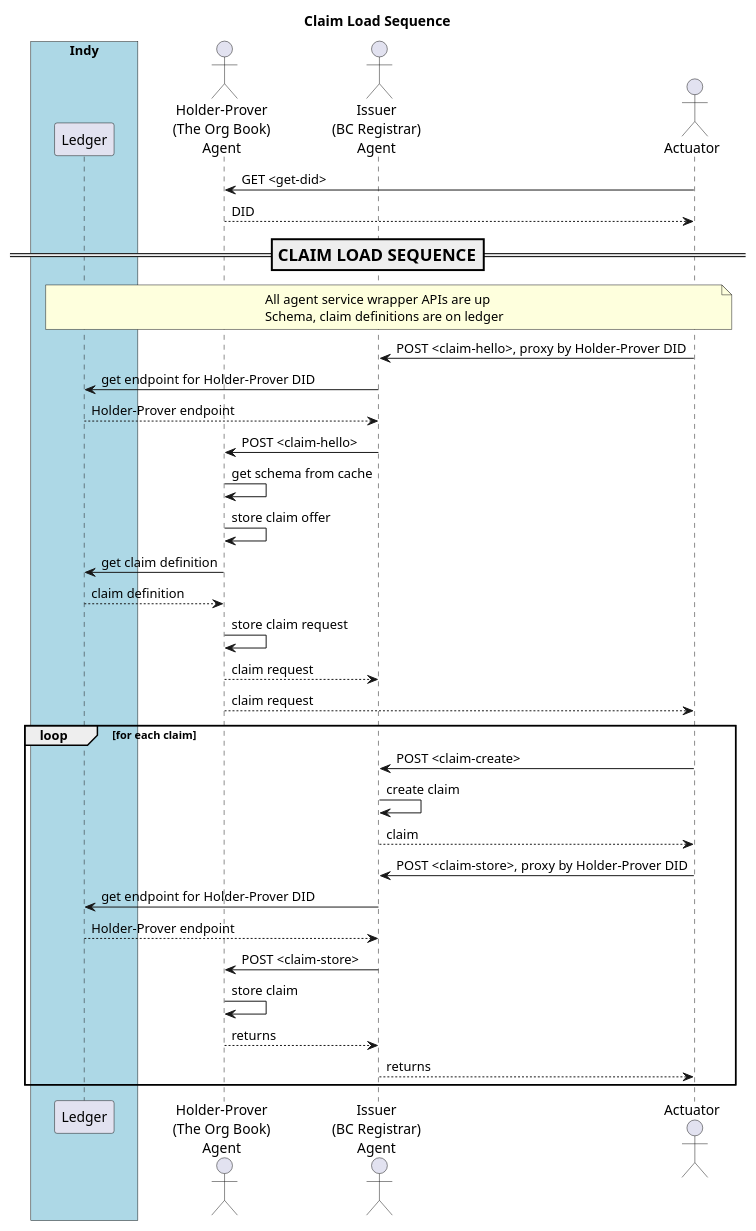
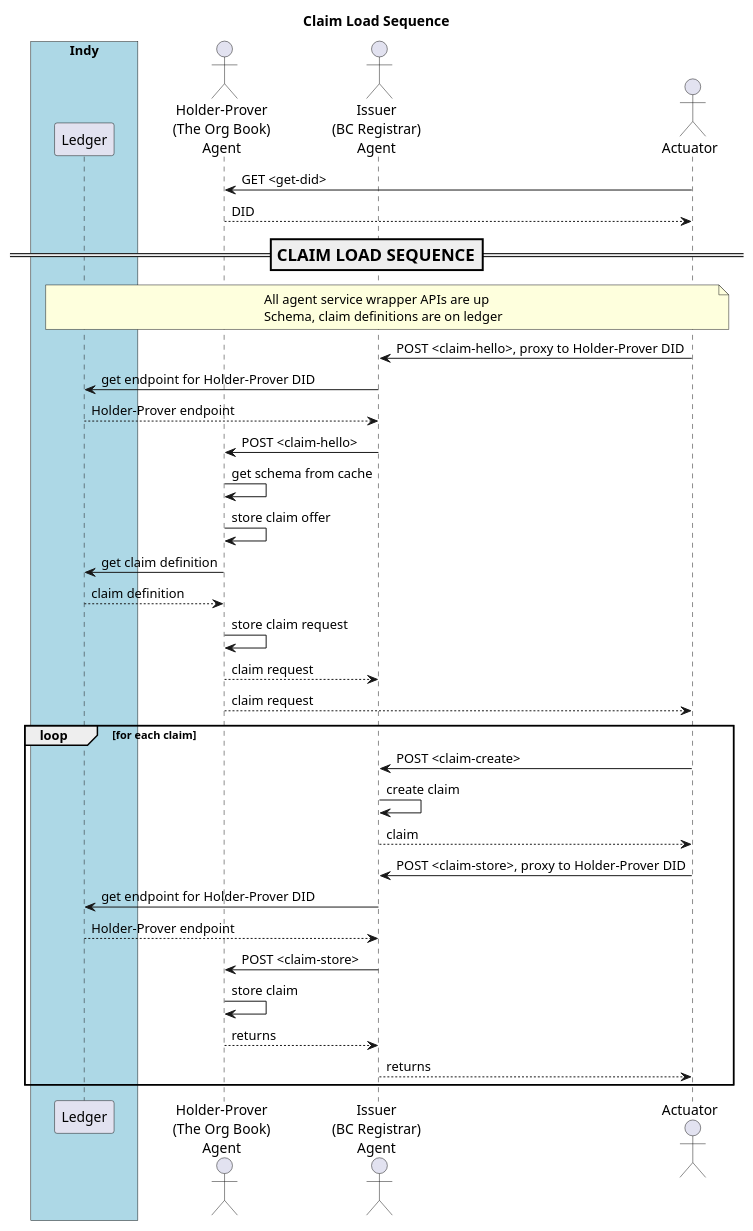
Before and after one commit to PSPC-SPAC-buyandsell/von_base: the diagram in doc/pic/src/claim-load.puml, drawn with PlantUML. The commit also changed 20 other files, not shown here.

Commit message:
allow each issuer to originate one schema (or none)

```diff
--- a/doc/pic/src/claim-load.puml
+++ b/doc/pic/src/claim-load.puml
@@ -1,66 +1,66 @@
 @startuml
 /'
 Copyright 2017 Government of Canada - Public Services and Procurement Canada - buyandsell.gc.ca
 
 Licensed under the Apache License, Version 2.0 (the "License");
 you may not use this file except in compliance with the License.
 You may obtain a copy of the License at
 
 http://www.apache.org/licenses/LICENSE-2.0
 
 Unless required by applicable law or agreed to in writing, software
 distributed under the License is distributed on an "AS IS" BASIS,
 WITHOUT WARRANTIES OR CONDITIONS OF ANY KIND, either express or implied.
 See the License for the specific language governing permissions and
 limitations under the License.
 '/
 
 skinparam ParticipantPadding 20
 skinparam BoxPadding 20
 
 title Claim Load Sequence
 
 box "Indy" #LightBlue
     participant "Ledger" as ledger
 endbox
 
 actor "Holder-Prover\n(The Org Book)\nAgent" as obag
 actor "Issuer\n(BC Registrar)\nAgent" as bcrag
 actor "Actuator" as ator
 
 ator -> obag: GET <get-did>
 obag --> ator: DID
 
 === CLAIM LOAD SEQUENCE ==
 note over ledger, ator
 All agent service wrapper APIs are up
 Schema, claim definitions are on ledger
 endnote
 
-ator -> bcrag: POST <claim-hello>, proxy by Holder-Prover DID
+ator -> bcrag: POST <claim-hello>, proxy to Holder-Prover DID
 bcrag -> ledger: get endpoint for Holder-Prover DID
 ledger --> bcrag: Holder-Prover endpoint
 bcrag -> obag: POST <claim-hello>
 obag -> obag: get schema from cache
 obag -> obag: store claim offer
 obag -> ledger: get claim definition
 ledger --> obag: claim definition
 obag -> obag: store claim request
 obag --> bcrag: claim request
 obag --> ator: claim request
 
 loop for each claim
     ator -> bcrag: POST <claim-create>
     bcrag -> bcrag: create claim
     bcrag --> ator: claim
-    ator -> bcrag: POST <claim-store>, proxy by Holder-Prover DID
+    ator -> bcrag: POST <claim-store>, proxy to Holder-Prover DID
     bcrag -> ledger: get endpoint for Holder-Prover DID
     ledger --> bcrag: Holder-Prover endpoint
     bcrag -> obag: POST <claim-store>
     obag -> obag: store claim
     obag --> bcrag: returns
     bcrag --> ator: returns
     
 end
 
 @enduml
```
